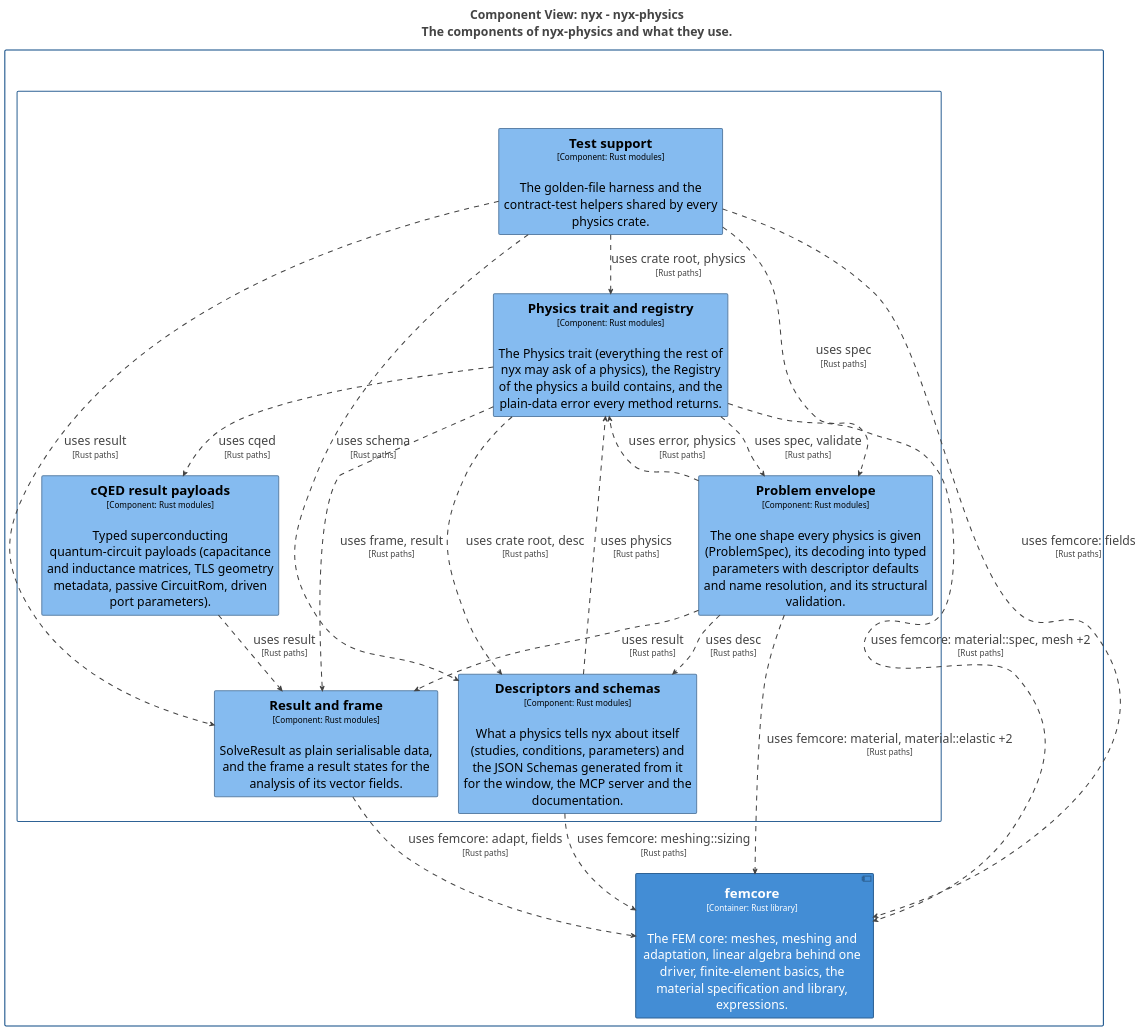
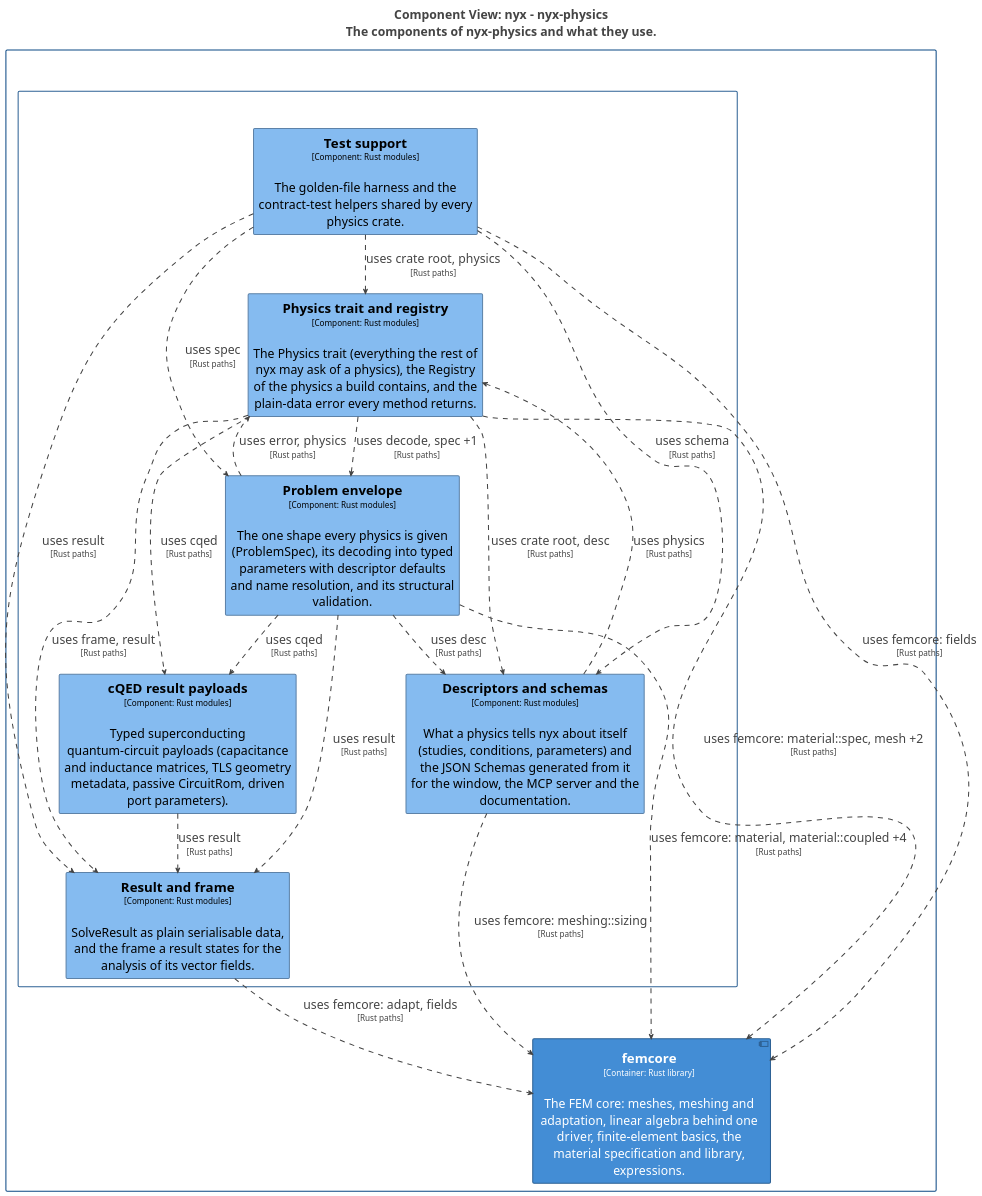
The diagram in docs/architecture/c4/export/plantuml/structurizr-Components_physics.puml (p-j-r/nyx), drawn with PlantUML before and after one commit. The commit also changed 150 other files, not shown here.

```diff
--- a/docs/architecture/c4/export/plantuml/structurizr-Components_physics.puml
+++ b/docs/architecture/c4/export/plantuml/structurizr-Components_physics.puml
@@ -1,103 +1,104 @@
 @startuml
 title <size:24>Component View: nyx - nyx-physics</size>\n<size:24>The components of nyx-physics and what they use.</size>
 
 set separator none
 top to bottom direction
 skinparam ranksep 60
 skinparam nodesep 30
 hide stereotype
 
 <style>
   root {
     BackgroundColor: #ffffff;
     FontColor: #444444;
   }
   // Element,Component
   .Element-RWxlbWVudCxDb21wb25lbnQ= {
     BackgroundColor: #85bbf0;
     LineColor: #5d82a8;
     LineStyle: 0;
     LineThickness: 2;
     FontColor: #000000;
     FontSize: 24;
     HorizontalAlignment: center;
     Shadowing: 0;
     MaximumWidth: 450;
   }
   // Element,Container,Library
   .Element-RWxlbWVudCxDb250YWluZXIsTGlicmFyeQ== {
     BackgroundColor: #438dd5;
     LineColor: #2e6295;
     LineStyle: 0;
     LineThickness: 2;
     FontColor: #ffffff;
     FontSize: 24;
     HorizontalAlignment: center;
     Shadowing: 0;
     MaximumWidth: 450;
   }
   // Relationship
   .Relationship-UmVsYXRpb25zaGlw {
     LineThickness: 2;
     LineStyle: 10-10;
     LineColor: #444444;
     FontColor: #444444;
     FontSize: 24;
   }
   // nyx
   .Boundary-bnl4 {
     BackgroundColor: #ffffff;
     LineColor: #0b4884;
     LineStyle: 0;
     LineThickness: 2;
     FontColor: #ffffff;
     FontSize: 24;
     HorizontalAlignment: center;
     Shadowing: 0;
   }
   // nyx-physics
   .Boundary-bnl4LXBoeXNpY3M= {
     BackgroundColor: #ffffff;
     LineColor: #2e6295;
     LineStyle: 0;
     LineThickness: 2;
     FontColor: #ffffff;
     FontSize: 24;
     HorizontalAlignment: center;
     Shadowing: 0;
   }
 </style>
 
 rectangle "nyx\n<size:16>[Software System]</size>" <<Boundary-bnl4>> {
   rectangle "nyx-physics\n<size:16>[Container: Rust library]</size>" <<Boundary-bnl4LXBoeXNpY3M=>> {
     rectangle "==Physics trait and registry\n<size:16>[Component: Rust modules]</size>\n\nThe Physics trait (everything the rest of nyx may ask of a physics), the Registry of the physics a build contains, and the plain-data error every method returns." <<Element-RWxlbWVudCxDb21wb25lbnQ=>> as nyx.nyxphysics.Physicstraitandregistry
     rectangle "==Problem envelope\n<size:16>[Component: Rust modules]</size>\n\nThe one shape every physics is given (ProblemSpec), its decoding into typed parameters with descriptor defaults and name resolution, and its structural validation." <<Element-RWxlbWVudCxDb21wb25lbnQ=>> as nyx.nyxphysics.Problemenvelope
     rectangle "==Descriptors and schemas\n<size:16>[Component: Rust modules]</size>\n\nWhat a physics tells nyx about itself (studies, conditions, parameters) and the JSON Schemas generated from it for the window, the MCP server and the documentation." <<Element-RWxlbWVudCxDb21wb25lbnQ=>> as nyx.nyxphysics.Descriptorsandschemas
     rectangle "==Result and frame\n<size:16>[Component: Rust modules]</size>\n\nSolveResult as plain serialisable data, and the frame a result states for the analysis of its vector fields." <<Element-RWxlbWVudCxDb21wb25lbnQ=>> as nyx.nyxphysics.Resultandframe
     rectangle "==cQED result payloads\n<size:16>[Component: Rust modules]</size>\n\nTyped superconducting quantum-circuit payloads (capacitance and inductance matrices, TLS geometry metadata, passive CircuitRom, driven port parameters)." <<Element-RWxlbWVudCxDb21wb25lbnQ=>> as nyx.nyxphysics.cQEDresultpayloads
     rectangle "==Test support\n<size:16>[Component: Rust modules]</size>\n\nThe golden-file harness and the contract-test helpers shared by every physics crate." <<Element-RWxlbWVudCxDb21wb25lbnQ=>> as nyx.nyxphysics.Testsupport
   }
 
   component "==femcore\n<size:16>[Container: Rust library]</size>\n\nThe FEM core: meshes, meshing and adaptation, linear algebra behind one driver, finite-element basics, the material specification and library, expressions." <<Element-RWxlbWVudCxDb250YWluZXIsTGlicmFyeQ==>> as nyx.femcore
 }
 
 nyx.nyxphysics.cQEDresultpayloads --> nyx.nyxphysics.Resultandframe <<Relationship-UmVsYXRpb25zaGlw>> : "uses result\n<size:16>[Rust paths]</size>"
 nyx.nyxphysics.Descriptorsandschemas --> nyx.femcore <<Relationship-UmVsYXRpb25zaGlw>> : "uses femcore: meshing::sizing\n<size:16>[Rust paths]</size>"
 nyx.nyxphysics.Descriptorsandschemas --> nyx.nyxphysics.Physicstraitandregistry <<Relationship-UmVsYXRpb25zaGlw>> : "uses physics\n<size:16>[Rust paths]</size>"
-nyx.nyxphysics.Problemenvelope --> nyx.femcore <<Relationship-UmVsYXRpb25zaGlw>> : "uses femcore: material, material::elastic +2\n<size:16>[Rust paths]</size>"
+nyx.nyxphysics.Problemenvelope --> nyx.femcore <<Relationship-UmVsYXRpb25zaGlw>> : "uses femcore: material, material::coupled +4\n<size:16>[Rust paths]</size>"
+nyx.nyxphysics.Problemenvelope --> nyx.nyxphysics.cQEDresultpayloads <<Relationship-UmVsYXRpb25zaGlw>> : "uses cqed\n<size:16>[Rust paths]</size>"
 nyx.nyxphysics.Problemenvelope --> nyx.nyxphysics.Descriptorsandschemas <<Relationship-UmVsYXRpb25zaGlw>> : "uses desc\n<size:16>[Rust paths]</size>"
 nyx.nyxphysics.Problemenvelope --> nyx.nyxphysics.Resultandframe <<Relationship-UmVsYXRpb25zaGlw>> : "uses result\n<size:16>[Rust paths]</size>"
 nyx.nyxphysics.Problemenvelope --> nyx.nyxphysics.Physicstraitandregistry <<Relationship-UmVsYXRpb25zaGlw>> : "uses error, physics\n<size:16>[Rust paths]</size>"
 nyx.nyxphysics.Resultandframe --> nyx.femcore <<Relationship-UmVsYXRpb25zaGlw>> : "uses femcore: adapt, fields\n<size:16>[Rust paths]</size>"
 nyx.nyxphysics.Testsupport --> nyx.femcore <<Relationship-UmVsYXRpb25zaGlw>> : "uses femcore: fields\n<size:16>[Rust paths]</size>"
 nyx.nyxphysics.Testsupport --> nyx.nyxphysics.Descriptorsandschemas <<Relationship-UmVsYXRpb25zaGlw>> : "uses schema\n<size:16>[Rust paths]</size>"
 nyx.nyxphysics.Testsupport --> nyx.nyxphysics.Problemenvelope <<Relationship-UmVsYXRpb25zaGlw>> : "uses spec\n<size:16>[Rust paths]</size>"
 nyx.nyxphysics.Testsupport --> nyx.nyxphysics.Resultandframe <<Relationship-UmVsYXRpb25zaGlw>> : "uses result\n<size:16>[Rust paths]</size>"
 nyx.nyxphysics.Testsupport --> nyx.nyxphysics.Physicstraitandregistry <<Relationship-UmVsYXRpb25zaGlw>> : "uses crate root, physics\n<size:16>[Rust paths]</size>"
 nyx.nyxphysics.Physicstraitandregistry --> nyx.femcore <<Relationship-UmVsYXRpb25zaGlw>> : "uses femcore: material::spec, mesh +2\n<size:16>[Rust paths]</size>"
 nyx.nyxphysics.Physicstraitandregistry --> nyx.nyxphysics.cQEDresultpayloads <<Relationship-UmVsYXRpb25zaGlw>> : "uses cqed\n<size:16>[Rust paths]</size>"
 nyx.nyxphysics.Physicstraitandregistry --> nyx.nyxphysics.Descriptorsandschemas <<Relationship-UmVsYXRpb25zaGlw>> : "uses crate root, desc\n<size:16>[Rust paths]</size>"
-nyx.nyxphysics.Physicstraitandregistry --> nyx.nyxphysics.Problemenvelope <<Relationship-UmVsYXRpb25zaGlw>> : "uses spec, validate\n<size:16>[Rust paths]</size>"
+nyx.nyxphysics.Physicstraitandregistry --> nyx.nyxphysics.Problemenvelope <<Relationship-UmVsYXRpb25zaGlw>> : "uses decode, spec +1\n<size:16>[Rust paths]</size>"
 nyx.nyxphysics.Physicstraitandregistry --> nyx.nyxphysics.Resultandframe <<Relationship-UmVsYXRpb25zaGlw>> : "uses frame, result\n<size:16>[Rust paths]</size>"
 
 @enduml
```
